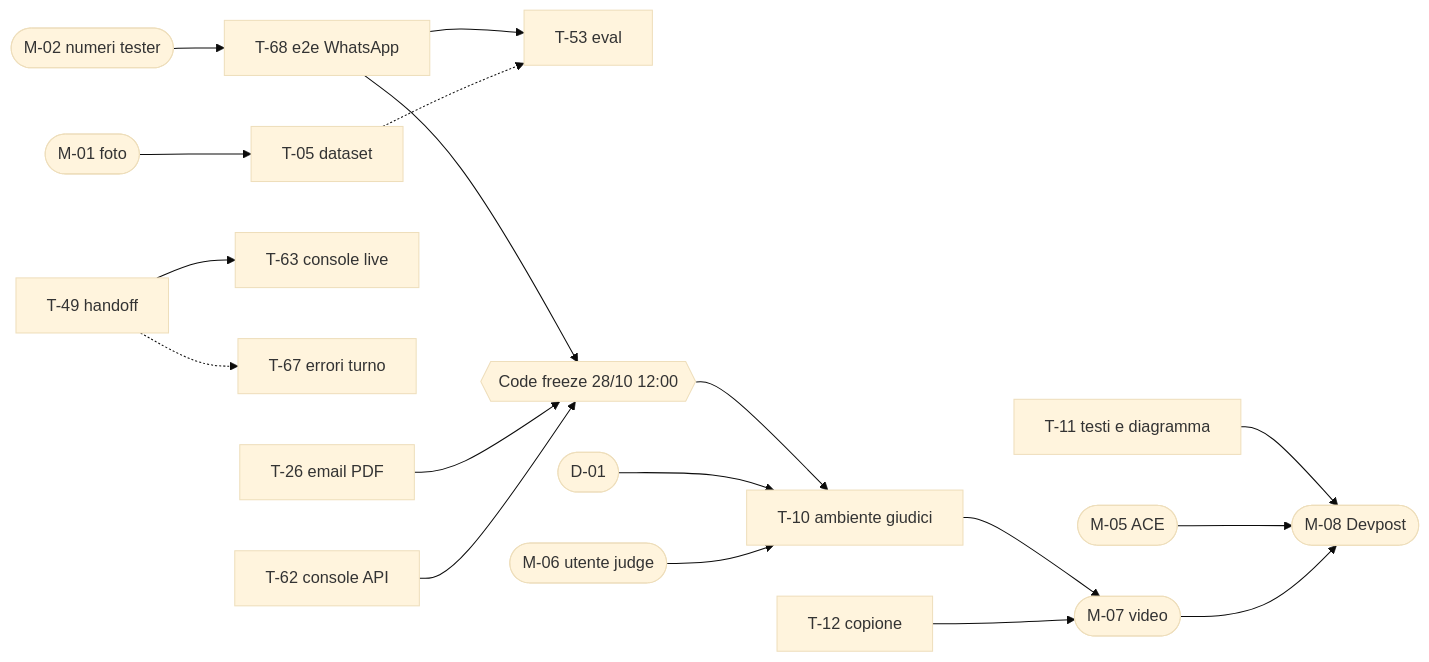
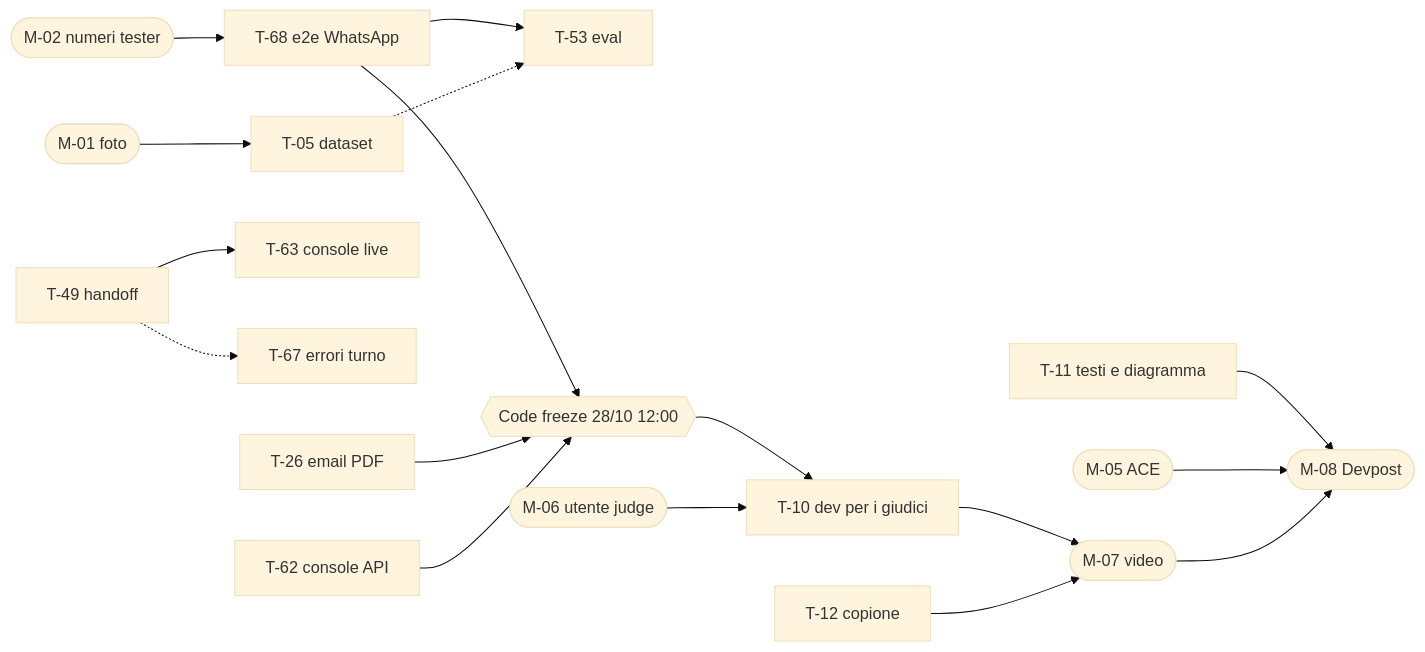
The diagram in START_HERE.md (besharpsrl/aws-cds-hackathon-2026-suppliagent), drawn with Mermaid (base theme) before and after one commit. The commit also changed other lines of this file and 20 other files, not shown here.

````diff
--- a/START_HERE.md
+++ b/START_HERE.md
@@ -117,20 +117,19 @@
 ```mermaid
 flowchart LR
   T68[T-68 e2e WhatsApp] --> T53[T-53 eval]
   T05[T-05 dataset] -.-> T53
   M01([M-01 foto]) --> T05
   M02([M-02 numeri tester]) --> T68
   T49[T-49 handoff] --> T63[T-63 console live]
   T49 -.-> T67[T-67 errori turno]
   T68 --> FZ{{Code freeze 28/10 12:00}}
   T26[T-26 email PDF] --> FZ
   T62[T-62 console API] --> FZ
-  FZ --> T10[T-10 ambiente giudici]
-  D01([D-01]) --> T10
+  FZ --> T10[T-10 dev per i giudici]
   M06([M-06 utente judge]) --> T10
   T10 --> M07([M-07 video])
   T12[T-12 copione] --> M07
   T11[T-11 testi e diagramma] --> M08([M-08 Devpost])
   M05([M-05 ACE]) --> M08
   M07 --> M08
 ```
````
